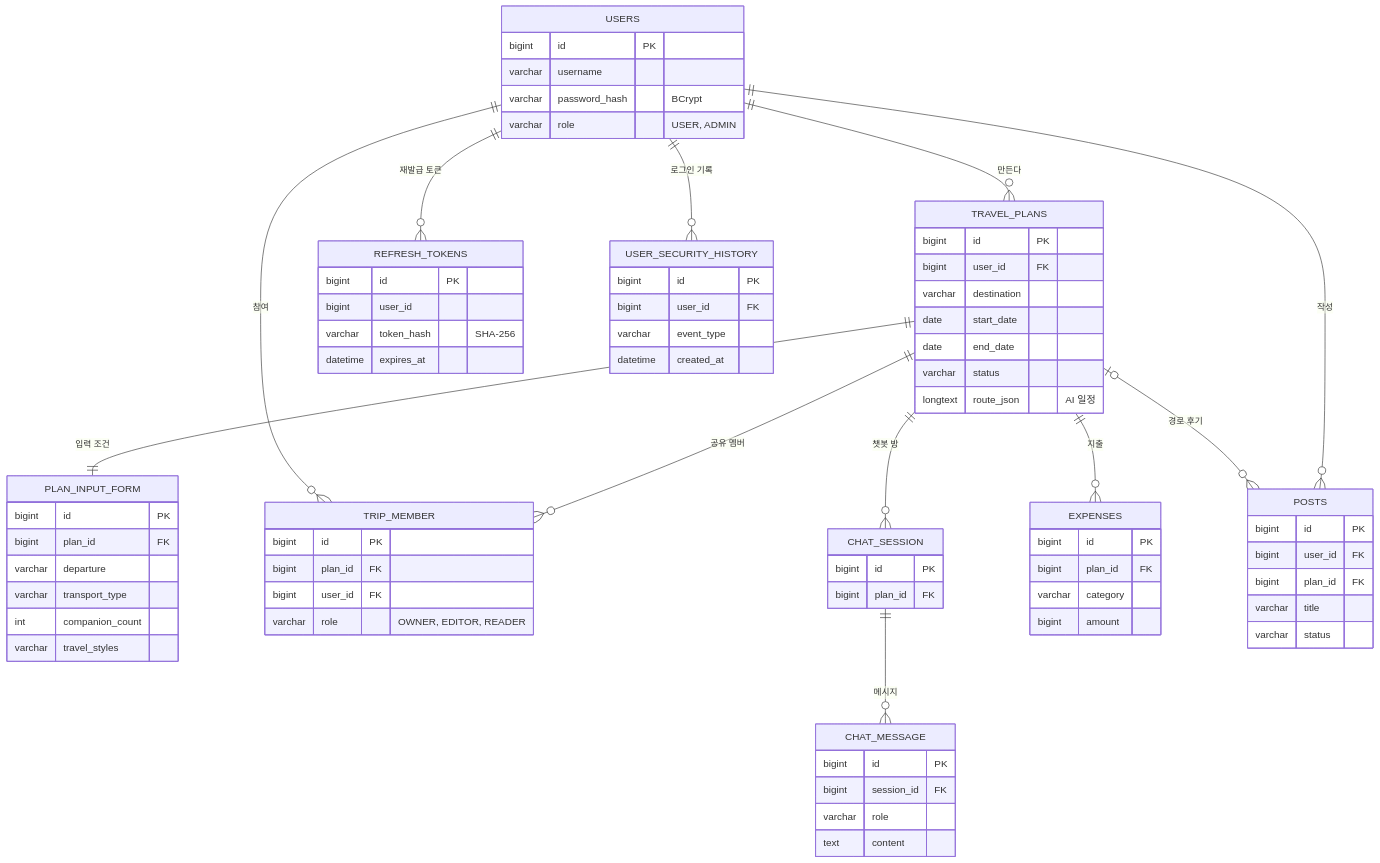
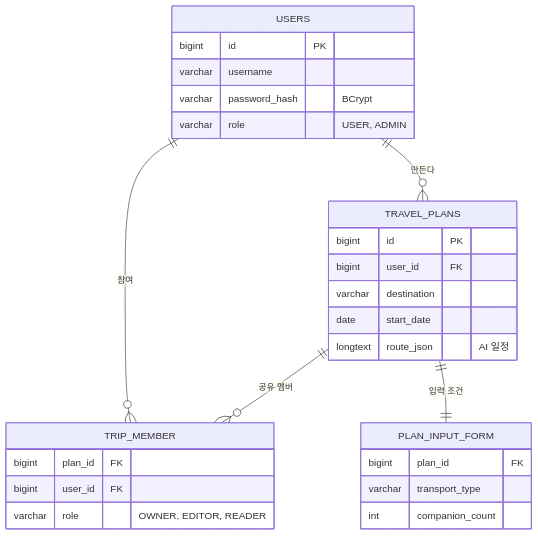
One commit to ynkite/trip-linker changed the first of 3 diagrams in README.md. Above: the diagram before and after it, drawn with Mermaid. The commit also changed other lines of this file and 4 other files, not shown here.

Commit message:
docs: README 다듬기(담당 작업과 팀원 작업으로 제목 정리, 도식을 밝은 판과 어두운 판 svg 로 다시 그림, ERD 나눔, CSP 설명을 지금 코드에 맞춤)

````diff
--- a/README.md
+++ b/README.md
@@ -172,79 +114,31 @@
 ```mermaid
 erDiagram
     USERS ||--o{ TRAVEL_PLANS : "만든다"
+    USERS ||--o{ TRIP_MEMBER : "참여"
+    TRAVEL_PLANS ||--o{ TRIP_MEMBER : "공유 멤버"
     TRAVEL_PLANS ||--|| PLAN_INPUT_FORM : "입력 조건"
-    TRAVEL_PLANS ||--o{ TRIP_MEMBER : "공유 멤버"
-    USERS ||--o{ TRIP_MEMBER : "참여"
-    TRAVEL_PLANS ||--o{ CHAT_SESSION : "챗봇 방"
-    CHAT_SESSION ||--o{ CHAT_MESSAGE : "메시지"
-    TRAVEL_PLANS ||--o{ EXPENSES : "지출"
-    USERS ||--o{ POSTS : "작성"
-    TRAVEL_PLANS |o--o{ POSTS : "경로 후기"
-    USERS ||--o{ REFRESH_TOKENS : "재발급 토큰"
-    USERS ||--o{ USER_SECURITY_HISTORY : "로그인 기록"
 
     USERS {
         bigint id PK
         varchar username
         varchar password_hash "BCrypt"
         varchar role "USER, ADMIN"
     }
     TRAVEL_PLANS {
         bigint id PK
         bigint user_id FK
         varchar destination
         date start_date
-        date end_date
-        varchar status
         longtext route_json "AI 일정"
     }
-    PLAN_INPUT_FORM {
-        bigint id PK
-        bigint plan_id FK
-        varchar departure
-        varchar transport_type
-        int companion_count
-        varchar travel_styles
-    }
     TRIP_MEMBER {
-        bigint id PK
         bigint plan_id FK
         bigint user_id FK
         varchar role "OWNER, EDITOR, READER"
     }
-    CHAT_SESSION {
-        bigint id PK
+    PLAN_INPUT_FORM {
         bigint plan_id FK
-    }
-    CHAT_MESSAGE {
-        bigint id PK
-        bigint session_id FK
-        varchar role
-        text content
-    }
-    EXPENSES {
-        bigint id PK
-        bigint plan_id FK
-        varchar category
-        bigint amount
-    }
-    POSTS {
-        bigint id PK
-        bigint user_id FK
-        bigint plan_id FK
-        varchar title
-        varchar status
-    }
-    REFRESH_TOKENS {
-        bigint id PK
-        bigint user_id
-        varchar token_hash "SHA-256"
-        datetime expires_at
-    }
-    USER_SECURITY_HISTORY {
-        bigint id PK
-        bigint user_id FK
-        varchar event_type
-        datetime created_at
+        varchar transport_type
+        int companion_count
     }
 ```
````
